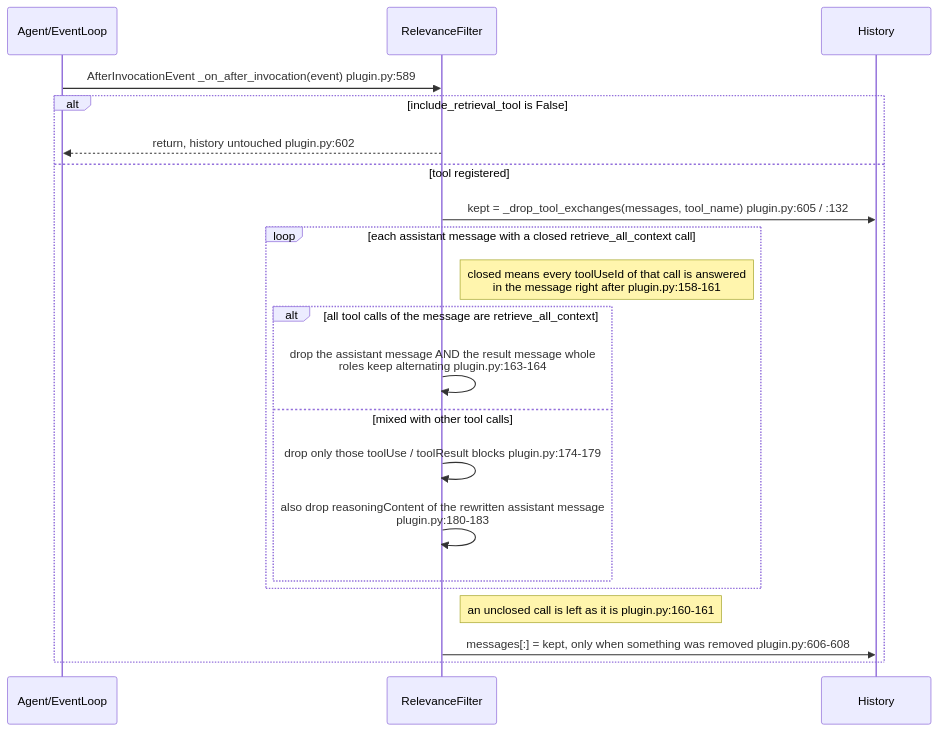
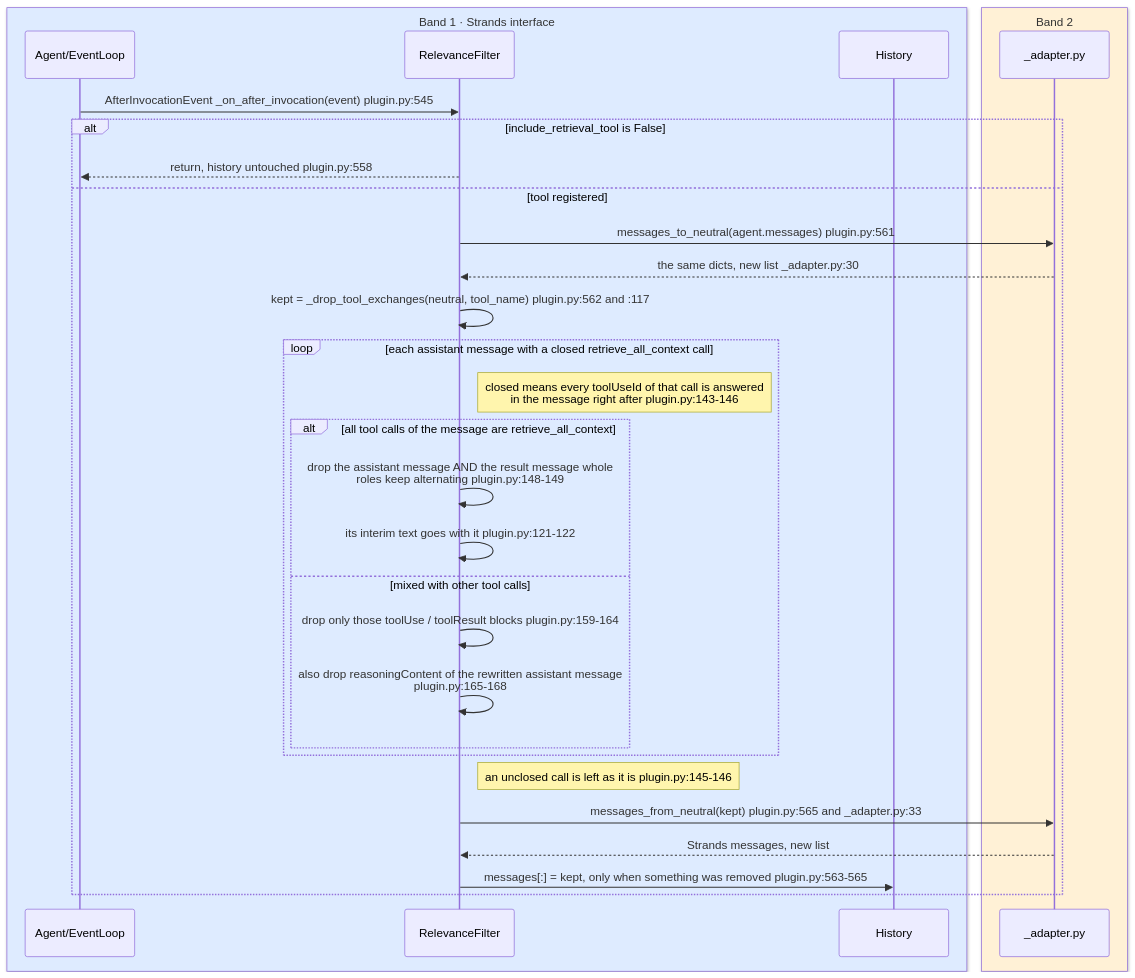
One commit to aws-samples/sample-context-engineering changed the fourth of 4 diagrams in docs/design/sequence/sequence-a-relevance-filtering.md. Above: the diagram before and after it, drawn with Mermaid. The commit also changed other lines of this file and 22 other files, not shown here.

````diff
--- a/docs/design/sequence/sequence-a-relevance-filtering.md
+++ b/docs/design/sequence/sequence-a-relevance-filtering.md
@@ -282,24 +388,34 @@
 ```mermaid
 sequenceDiagram
-    participant Agent as Agent/EventLoop
-    participant RF as RelevanceFilter
-    participant Hist as History
+    box rgb(222,235,255) Band 1 · Strands interface
+        participant Agent as Agent/EventLoop
+        participant RF as RelevanceFilter
+        participant Hist as History
+    end
+    box rgb(255,241,214) Band 2
+        participant Ad as _adapter.py
+    end
 
-    Agent->>RF: AfterInvocationEvent  _on_after_invocation(event)  plugin.py:589
+    Agent->>RF: AfterInvocationEvent  _on_after_invocation(event)  plugin.py:545
     alt include_retrieval_tool is False
-        RF-->>Agent: return, history untouched  plugin.py:602
+        RF-->>Agent: return, history untouched  plugin.py:558
     else tool registered
-        RF->>Hist: kept = _drop_tool_exchanges(messages, tool_name)  plugin.py:605 / :132
+        RF->>Ad: messages_to_neutral(agent.messages)  plugin.py:561
+        Ad-->>RF: the same dicts, new list  _adapter.py:30
+        RF->>RF: kept = _drop_tool_exchanges(neutral, tool_name)  plugin.py:562 and :117
         loop each assistant message with a closed retrieve_all_context call
-            Note right of RF: closed means every toolUseId of that call is answered<br/>in the message right after  plugin.py:158-161
+            Note right of RF: closed means every toolUseId of that call is answered<br/>in the message right after  plugin.py:143-146
             alt all tool calls of the message are retrieve_all_context
-                RF->>RF: drop the assistant message AND the result message whole<br/>roles keep alternating  plugin.py:163-164
+                RF->>RF: drop the assistant message AND the result message whole<br/>roles keep alternating  plugin.py:148-149
+                RF->>RF: its interim text goes with it  plugin.py:121-122
             else mixed with other tool calls
-                RF->>RF: drop only those toolUse / toolResult blocks  plugin.py:174-179
-                RF->>RF: also drop reasoningContent of the rewritten assistant message<br/>plugin.py:180-183
+                RF->>RF: drop only those toolUse / toolResult blocks  plugin.py:159-164
+                RF->>RF: also drop reasoningContent of the rewritten assistant message<br/>plugin.py:165-168
             end
         end
-        Note right of RF: an unclosed call is left as it is  plugin.py:160-161
-        RF->>Hist: messages[:] = kept, only when something was removed  plugin.py:606-608
+        Note right of RF: an unclosed call is left as it is  plugin.py:145-146
+        RF->>Ad: messages_from_neutral(kept)  plugin.py:565 and _adapter.py:33
+        Ad-->>RF: Strands messages, new list
+        RF->>Hist: messages[:] = kept, only when something was removed  plugin.py:563-565
     end
 ```
````
